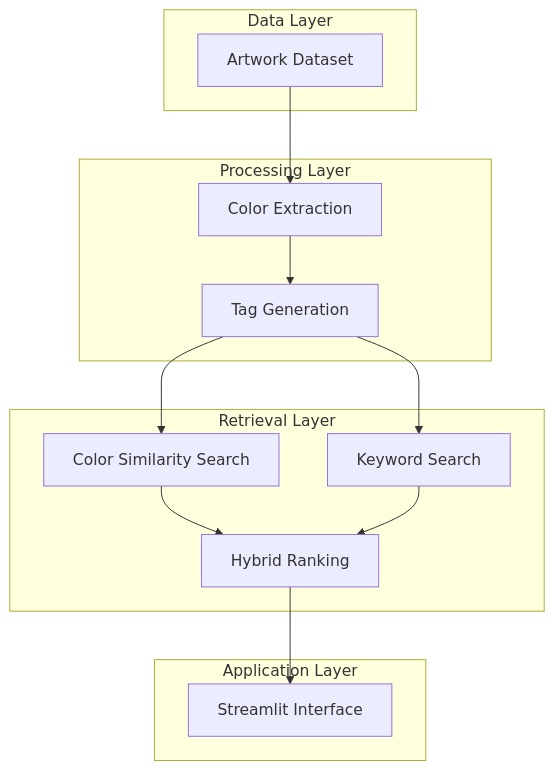
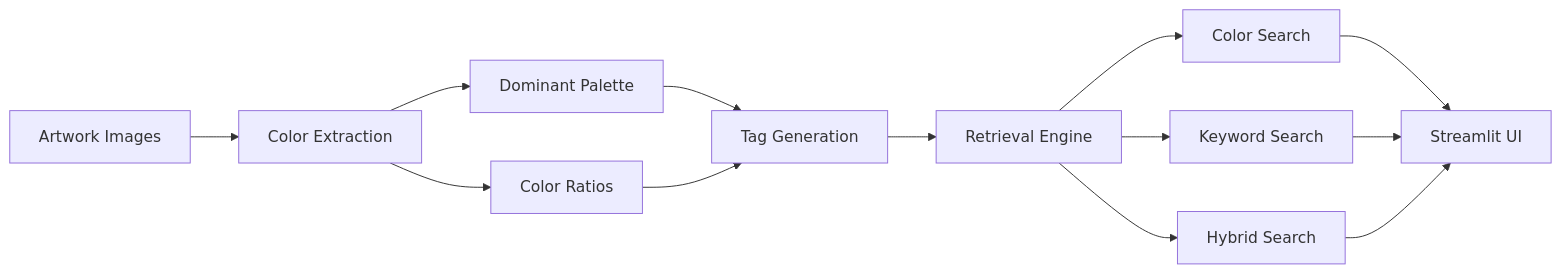
One commit to ContraMundum-code/PaletteSeek changed the diagram in README.md. Above: the diagram before and after it, drawn with Mermaid.

````diff
--- a/README.md
+++ b/README.md
@@ -132,30 +132,21 @@
 ```mermaid
-flowchart TD
+flowchart LR
 
-subgraph Data Layer
-A[Artwork Dataset]
-end
+A[Artwork Images] --> B[Color Extraction]
 
-subgraph Processing Layer
-B[Color Extraction]
-C[Tag Generation]
-end
+B --> C[Dominant Palette]
+B --> D[Color Ratios]
 
-subgraph Retrieval Layer
-D[Color Similarity Search]
-E[Keyword Search]
-F[Hybrid Ranking]
-end
+C --> E[Tag Generation]
+D --> E
 
-subgraph Application Layer
-G[Streamlit Interface]
-end
+E --> F[Retrieval Engine]
 
-A --> B
-B --> C
-C --> D
-C --> E
-D --> F
-E --> F
-F --> G
+F --> G[Color Search]
+F --> H[Keyword Search]
+F --> I[Hybrid Search]
+
+G --> J[Streamlit UI]
+H --> J
+I --> J
 ```
````
